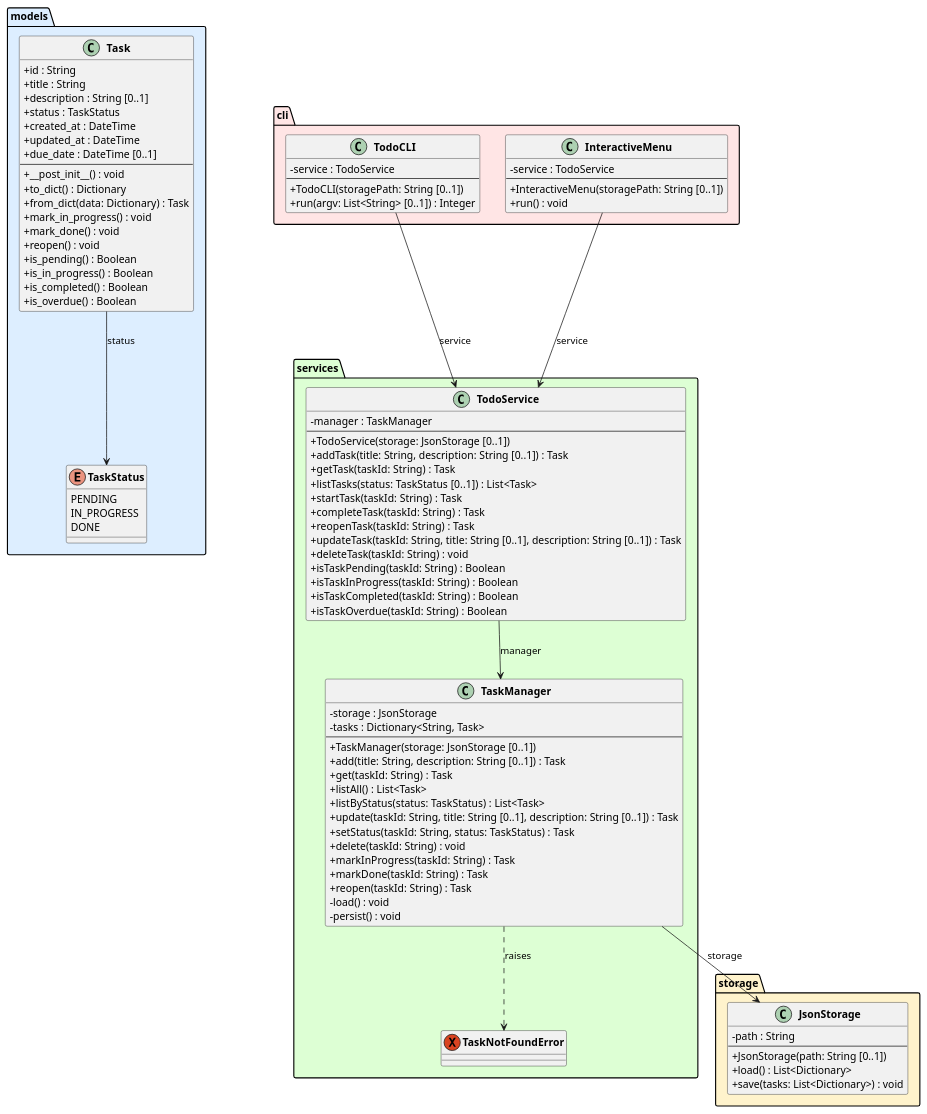
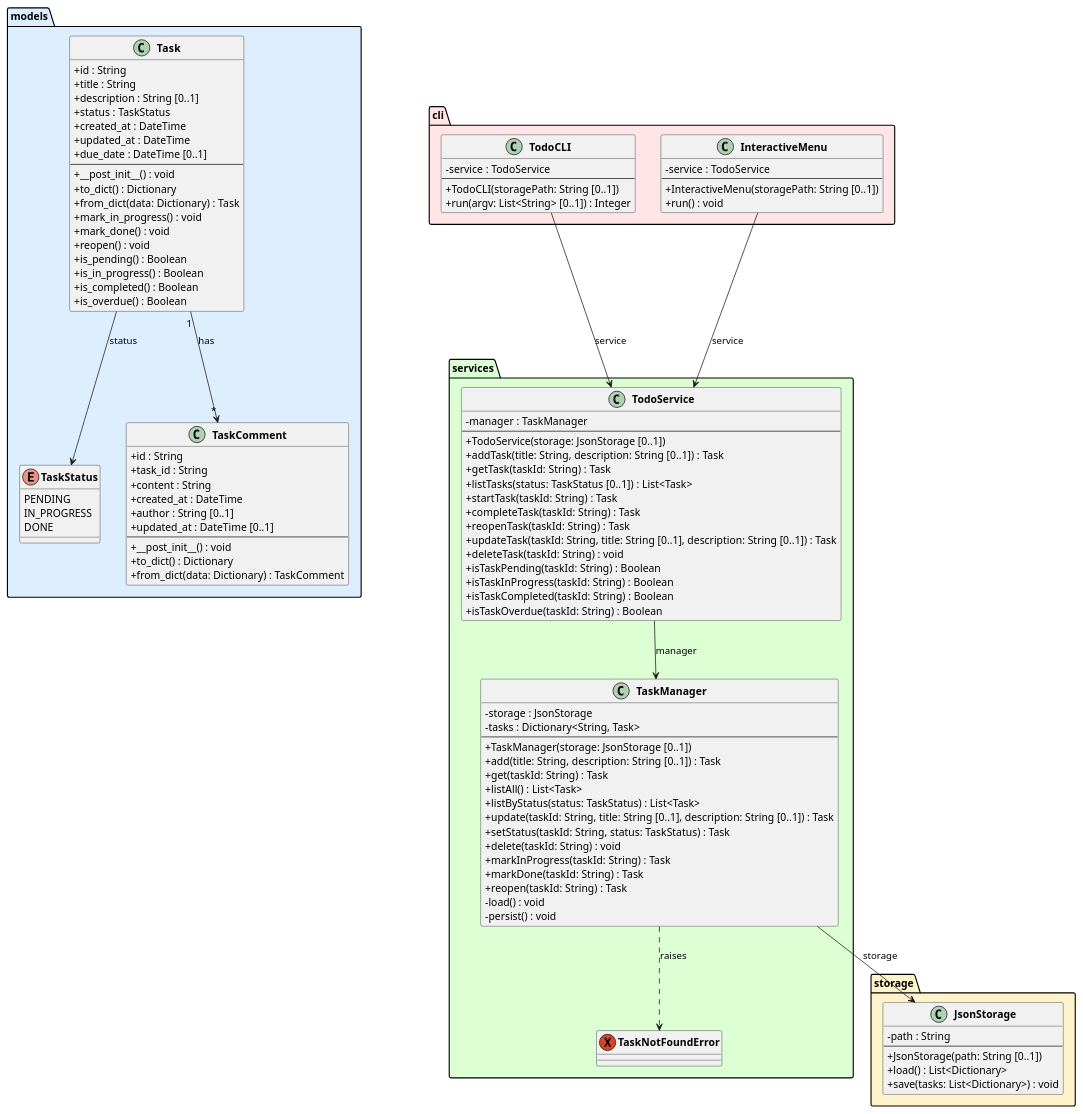
Before and after one commit to DanielRiha8906/Software_autoevolution_using_agents: the diagram in experiments/broadcast/user_stories/TODO/artifacts/class_diagram.puml, drawn with PlantUML. The commit also changed 5 other files, not shown here.

```diff
--- a/experiments/broadcast/user_stories/TODO/artifacts/class_diagram.puml
+++ b/experiments/broadcast/user_stories/TODO/artifacts/class_diagram.puml
@@ -1,109 +1,124 @@
 @startuml class_diagram
 
 skinparam classAttributeIconSize 0
 skinparam classFontStyle bold
 
 package "models" #DDEEFF {
     enum TaskStatus {
         PENDING
         IN_PROGRESS
         DONE
     }
 
     class Task {
         +id : String
         +title : String
         +description : String [0..1]
         +status : TaskStatus
         +created_at : DateTime
         +updated_at : DateTime
         +due_date : DateTime [0..1]
         --
         +__post_init__() : void
         +to_dict() : Dictionary
         +from_dict(data: Dictionary) : Task
         +mark_in_progress() : void
         +mark_done() : void
         +reopen() : void
         +is_pending() : Boolean
         +is_in_progress() : Boolean
         +is_completed() : Boolean
         +is_overdue() : Boolean
     }
+
+    class TaskComment {
+        +id : String
+        +task_id : String
+        +content : String
+        +created_at : DateTime
+        +author : String [0..1]
+        +updated_at : DateTime [0..1]
+        --
+        +__post_init__() : void
+        +to_dict() : Dictionary
+        +from_dict(data: Dictionary) : TaskComment
+    }
+
+    Task "1" --> "*" TaskComment : has
 }
 
 package "storage" #FFF3CC {
     class JsonStorage {
         -path : String
         --
         +JsonStorage(path: String [0..1])
         +load() : List<Dictionary>
         +save(tasks: List<Dictionary>) : void
     }
 }
 
 package "services" #DDFFD4 {
     exception TaskNotFoundError
 
     class TaskManager {
         -storage : JsonStorage
         -tasks : Dictionary<String, Task>
         --
         +TaskManager(storage: JsonStorage [0..1])
         +add(title: String, description: String [0..1]) : Task
         +get(taskId: String) : Task
         +listAll() : List<Task>
         +listByStatus(status: TaskStatus) : List<Task>
         +update(taskId: String, title: String [0..1], description: String [0..1]) : Task
         +setStatus(taskId: String, status: TaskStatus) : Task
         +delete(taskId: String) : void
         +markInProgress(taskId: String) : Task
         +markDone(taskId: String) : Task
         +reopen(taskId: String) : Task
         -load() : void
         -persist() : void
     }
 
     class TodoService {
         -manager : TaskManager
         --
         +TodoService(storage: JsonStorage [0..1])
         +addTask(title: String, description: String [0..1]) : Task
         +getTask(taskId: String) : Task
         +listTasks(status: TaskStatus [0..1]) : List<Task>
         +startTask(taskId: String) : Task
         +completeTask(taskId: String) : Task
         +reopenTask(taskId: String) : Task
         +updateTask(taskId: String, title: String [0..1], description: String [0..1]) : Task
         +deleteTask(taskId: String) : void
         +isTaskPending(taskId: String) : Boolean
         +isTaskInProgress(taskId: String) : Boolean
         +isTaskCompleted(taskId: String) : Boolean
         +isTaskOverdue(taskId: String) : Boolean
     }
 }
 
 package "cli" #FFE5E5 {
     class TodoCLI {
         -service : TodoService
         --
         +TodoCLI(storagePath: String [0..1])
         +run(argv: List<String> [0..1]) : Integer
     }
 
     class InteractiveMenu {
         -service : TodoService
         --
         +InteractiveMenu(storagePath: String [0..1])
         +run() : void
     }
 }
 
 Task --> TaskStatus : status
 TaskManager --> JsonStorage : storage
 TaskManager ..> TaskNotFoundError : raises
 TodoService --> TaskManager : manager
 TodoCLI --> TodoService : service
 InteractiveMenu --> TodoService : service
 
 @enduml
```
